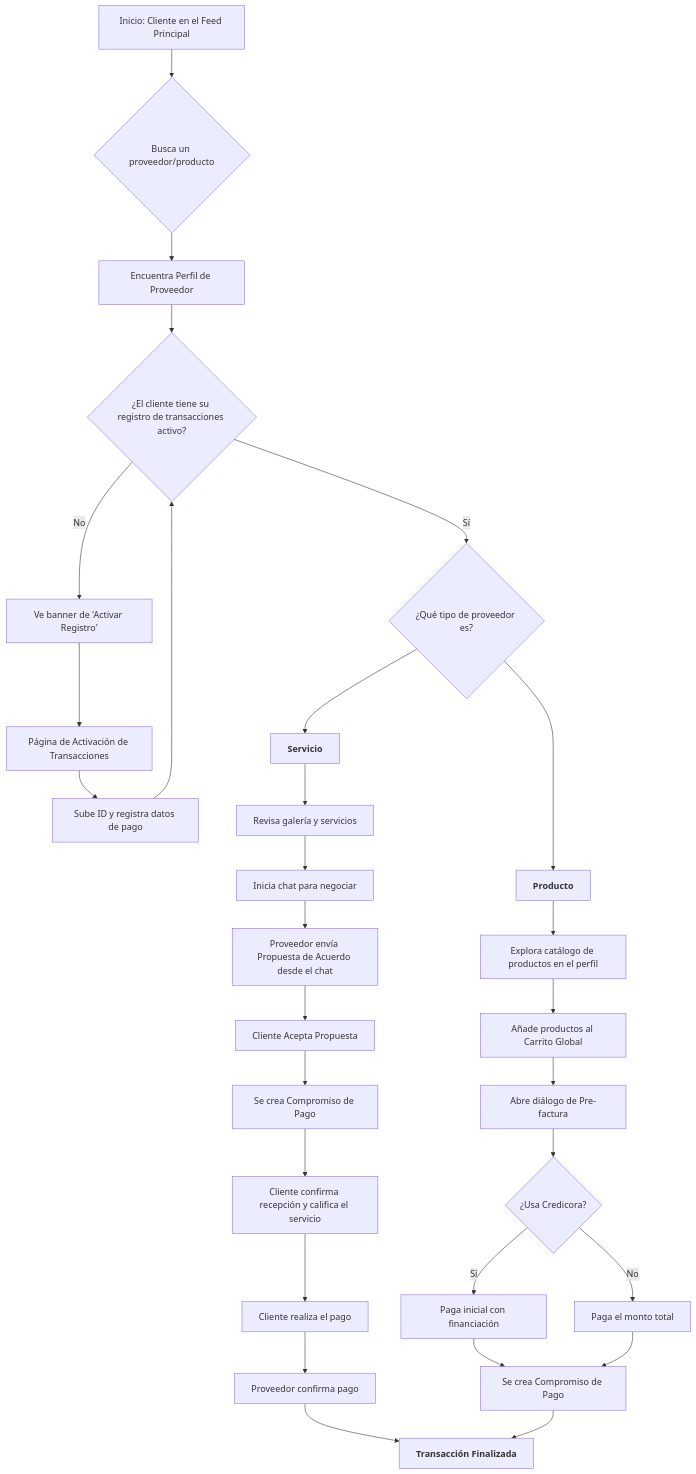
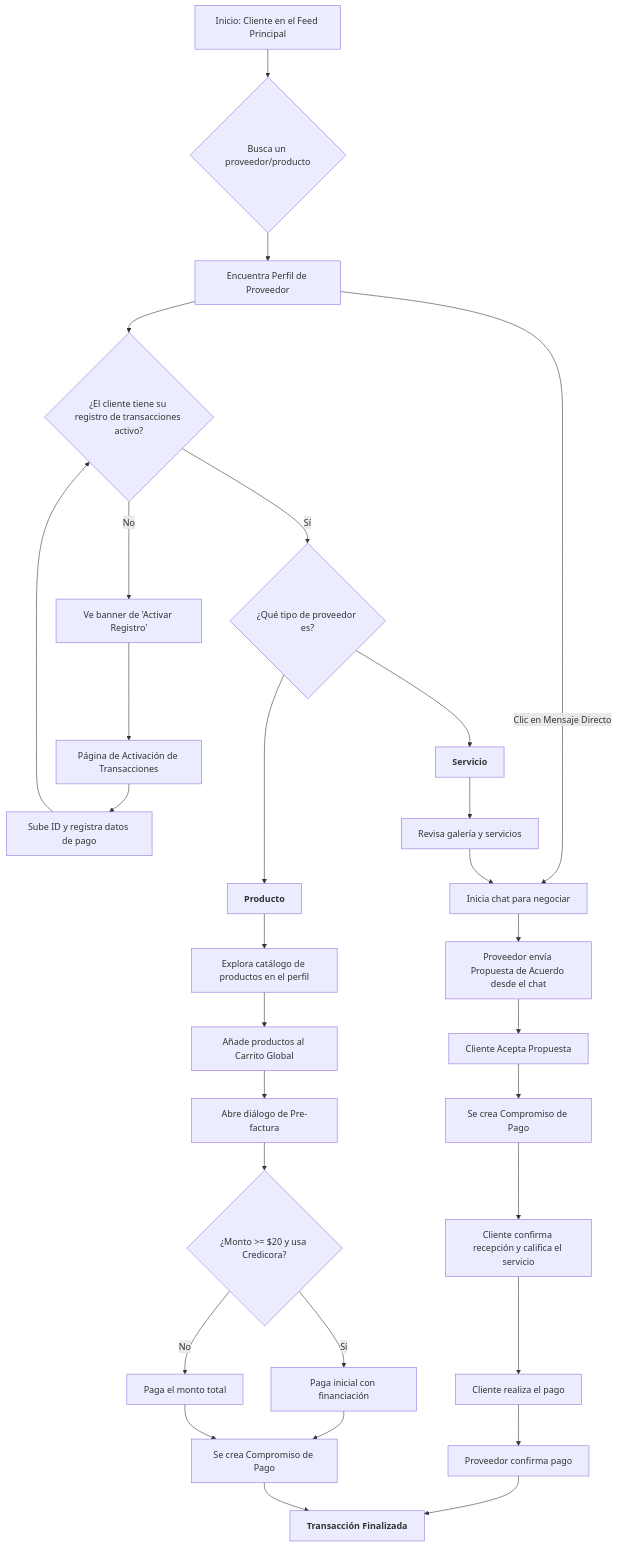
The first of 6 diagrams in src/FLOWCHARTS.md (F3rnand04/corabO), drawn with Mermaid before and after one commit. The commit also changed other lines of this file and 2 other files, not shown here.

````diff
--- a/src/FLOWCHARTS.md
+++ b/src/FLOWCHARTS.md
@@ -11,32 +11,33 @@
 ```mermaid
 graph TD
     A[Inicio: Cliente en el Feed Principal] --> B{Busca un proveedor/producto};
     B --> C[Encuentra Perfil de Proveedor];
+    C -- Clic en Mensaje Directo --> L[Inicia chat para negociar];
     C --> D{¿El cliente tiene su registro de transacciones activo?};
     D -- No --> E[Ve banner de 'Activar Registro'];
     E --> F[Página de Activación de Transacciones];
     F --> G[Sube ID y registra datos de pago];
     G --> D;
     D -- Sí --> H{¿Qué tipo de proveedor es?};
     H --> I[<B>Servicio</B>];
     H --> J[<B>Producto</B>];
 
     I --> K[Revisa galería y servicios];
     K --> L[Inicia chat para negociar];
     L --> M[Proveedor envía Propuesta de Acuerdo desde el chat];
     M --> N[Cliente Acepta Propuesta];
     N --> O[Se crea Compromiso de Pago];
     O --> P[Cliente confirma recepción y califica el servicio];
     P --> Q[Cliente realiza el pago];
     Q --> R[Proveedor confirma pago];
     R --> S[<B>Transacción Finalizada</B>];
 
     J --> T[Explora catálogo de productos en el perfil];
     T --> U[Añade productos al Carrito Global];
     U --> V[Abre diálogo de Pre-factura];
-    V --> W{¿Usa Credicora?};
+    V --> W{¿Monto >= $20 y usa Credicora?};
     W -- Sí --> X[Paga inicial con financiación];
     W -- No --> Y[Paga el monto total];
     X & Y --> Z[Se crea Compromiso de Pago];
     Z --> S;
 ```
````
